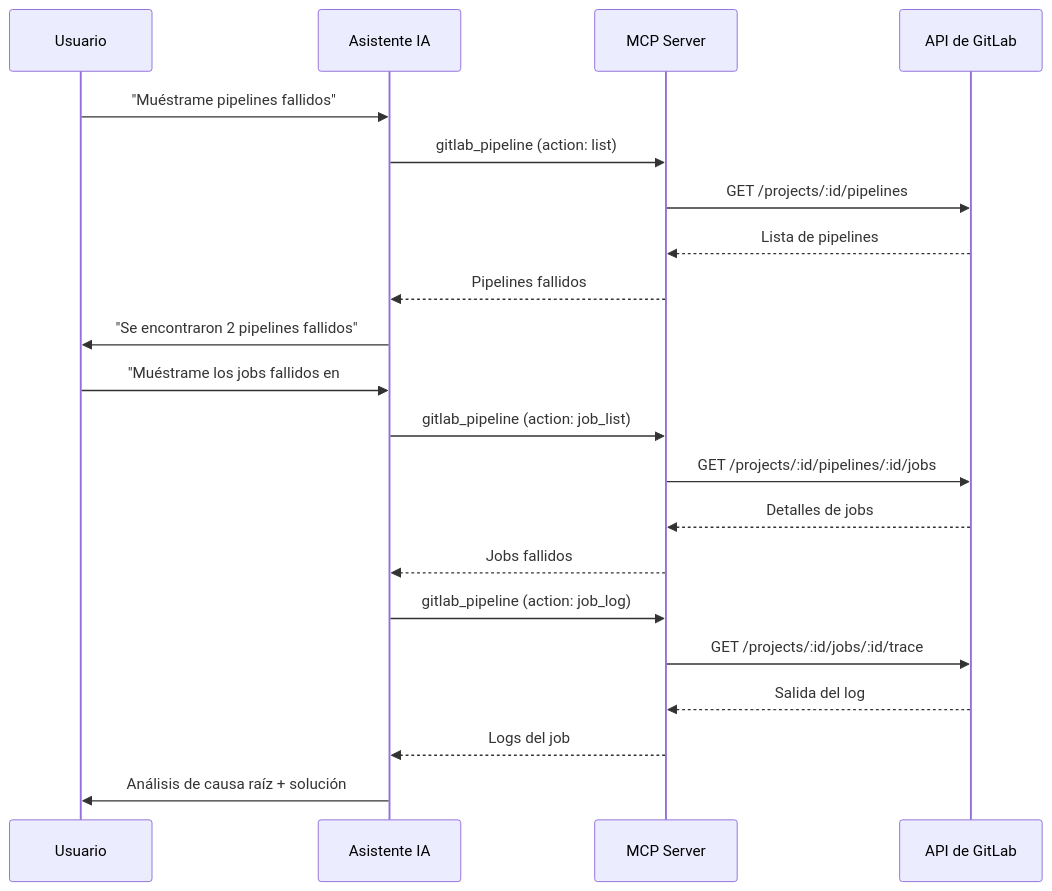
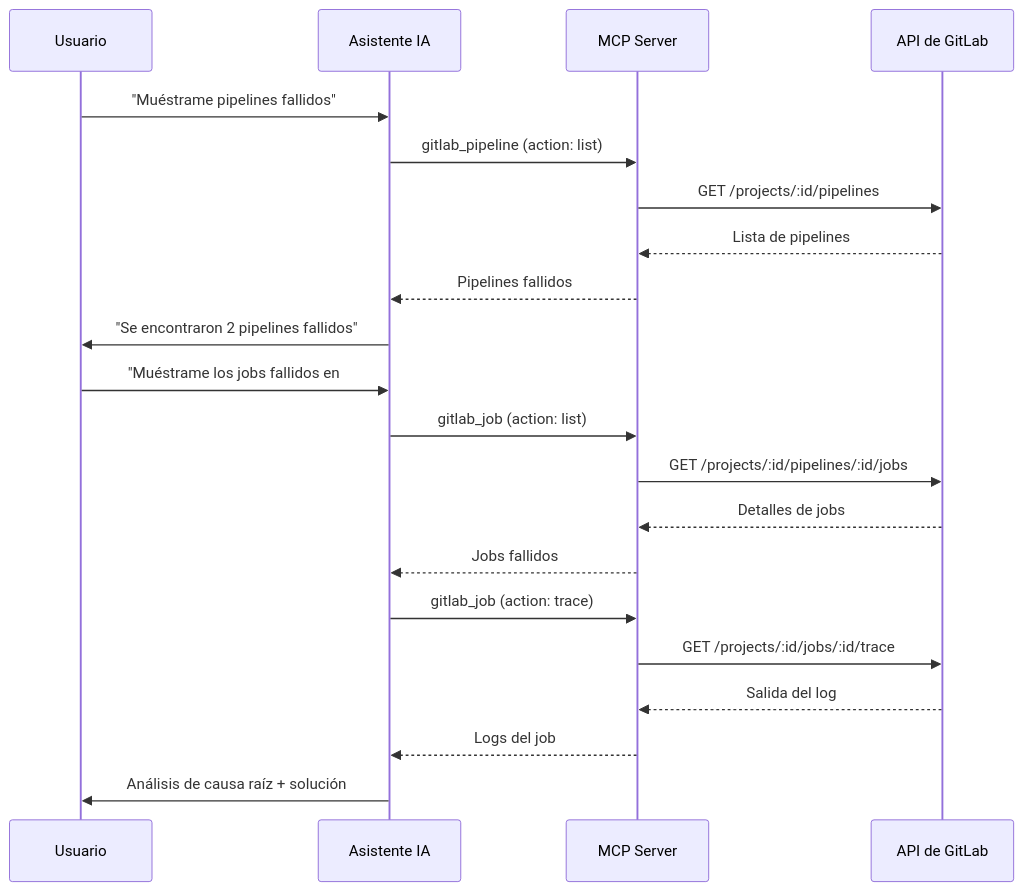
One commit to jmrplens/gitlab-mcp-server changed the diagram in site/src/content/docs/es/examples/ci-cd-workflows.mdx. Above: the diagram before and after it, drawn with Mermaid. The commit also changed other lines of this file and 96 other files, not shown here.

````diff
--- a/site/src/content/docs/es/examples/ci-cd-workflows.mdx
+++ b/site/src/content/docs/es/examples/ci-cd-workflows.mdx
@@ -33,24 +43,24 @@
 ```mermaid
 sequenceDiagram
     participant U as Usuario
     participant AI as Asistente IA
     participant MCP as MCP Server
     participant GL as API de GitLab
 
     U->>AI: "Muéstrame pipelines fallidos"
     AI->>MCP: gitlab_pipeline (action: list)
     MCP->>GL: GET /projects/:id/pipelines
     GL-->>MCP: Lista de pipelines
     MCP-->>AI: Pipelines fallidos
     AI->>U: "Se encontraron 2 pipelines fallidos"
     U->>AI: "Muéstrame los jobs fallidos en #45892"
-    AI->>MCP: gitlab_pipeline (action: job_list)
+    AI->>MCP: gitlab_job (action: list)
     MCP->>GL: GET /projects/:id/pipelines/:id/jobs
     GL-->>MCP: Detalles de jobs
     MCP-->>AI: Jobs fallidos
-    AI->>MCP: gitlab_pipeline (action: job_log)
+    AI->>MCP: gitlab_job (action: trace)
     MCP->>GL: GET /projects/:id/jobs/:id/trace
     GL-->>MCP: Salida del log
     MCP-->>AI: Logs del job
     AI->>U: Análisis de causa raíz + solución
 ```
````
